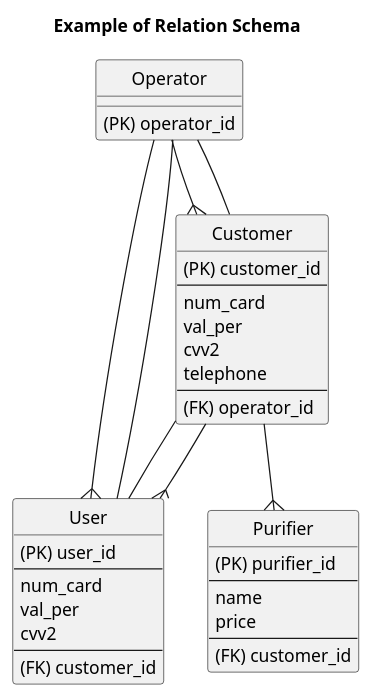
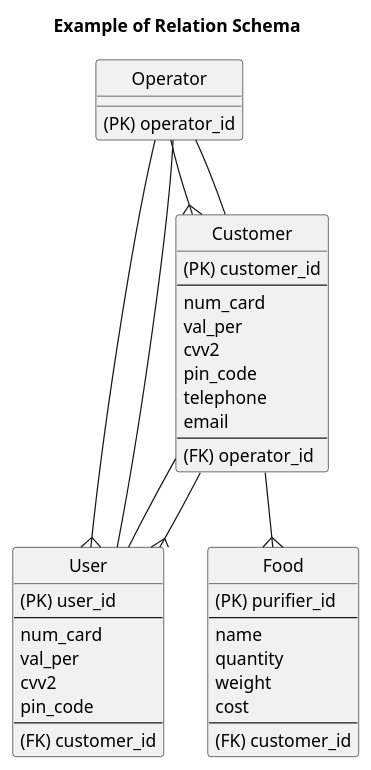
Before and after one commit to oleksandrblazhko/ai-216-zaporozhchenko: the diagram in 2-SoftwareDesign/2.7-PlantUML/DataModel.puml, drawn with PlantUML.

```diff
--- a/2-SoftwareDesign/2.7-PlantUML/DataModel.puml
+++ b/2-SoftwareDesign/2.7-PlantUML/DataModel.puml
@@ -1,47 +1,52 @@
 @startuml
 title Example of Relation Schema
 
 hide circle
 
 entity "User" as us {
     (PK) user_id
     --
     num_card
     val_per
     cvv2
+    pin_code
     --
     (FK) customer_id
 }
 
 entity "Operator" as op {
     (PK) operator_id
 }
 
 entity "Customer" as cus {
     (PK) customer_id
     --
     num_card
     val_per
     cvv2
+    pin_code
     telephone
+    email
     --
     (FK) operator_id
 }
 
-entity "Purifier" as putis {
+entity "Food" as fo {
     (PK) purifier_id
     --
     name
-    price
+    quantity
+    weight
+    cost
     --
     (FK) customer_id
 }
 
 op --{ us
 op -- us
 cus -- us
 cus --{ us
 op --{ cus
 cus -- op
-cus --{ putis
+cus --{ fo
 @enduml
```
